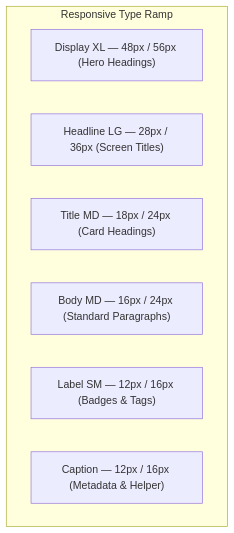
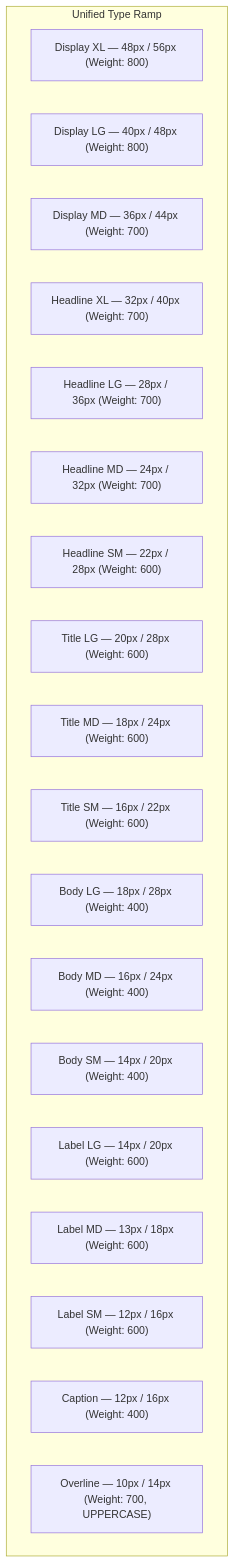
Before and after one commit to Jaleel-Shaik/sofiyaBangles: the diagram in docs/design.md, drawn with Mermaid. The commit also changed other lines of this file and 3 other files, not shown here.

````diff
--- a/docs/design.md
+++ b/docs/design.md
@@ -86,11 +119,23 @@
 ```mermaid
 graph TD
-    subgraph TypeScale[" Responsive Type Ramp "]
-        D1["Display XL — 48px / 56px (Hero Headings)"]
-        D2["Headline LG — 28px / 36px (Screen Titles)"]
-        T1["Title MD — 18px / 24px (Card Headings)"]
-        B1["Body MD — 16px / 24px (Standard Paragraphs)"]
-        L1["Label SM — 12px / 16px (Badges & Tags)"]
-        C1["Caption — 12px / 16px (Metadata & Helper)"]
+    subgraph TypeScale[" Unified Type Ramp "]
+        D1["Display XL — 48px / 56px (Weight: 800)"]
+        D2["Display LG — 40px / 48px (Weight: 800)"]
+        D3["Display MD — 36px / 44px (Weight: 700)"]
+        H1["Headline XL — 32px / 40px (Weight: 700)"]
+        H2["Headline LG — 28px / 36px (Weight: 700)"]
+        H3["Headline MD — 24px / 32px (Weight: 700)"]
+        H4["Headline SM — 22px / 28px (Weight: 600)"]
+        T1["Title LG — 20px / 28px (Weight: 600)"]
+        T2["Title MD — 18px / 24px (Weight: 600)"]
+        T3["Title SM — 16px / 22px (Weight: 600)"]
+        B1["Body LG — 18px / 28px (Weight: 400)"]
+        B2["Body MD — 16px / 24px (Weight: 400)"]
+        B3["Body SM — 14px / 20px (Weight: 400)"]
+        L1["Label LG — 14px / 20px (Weight: 600)"]
+        L2["Label MD — 13px / 18px (Weight: 600)"]
+        L3["Label SM — 12px / 16px (Weight: 600)"]
+        C1["Caption — 12px / 16px (Weight: 400)"]
+        O1["Overline — 10px / 14px (Weight: 700, UPPERCASE)"]
     end
 ```
````
